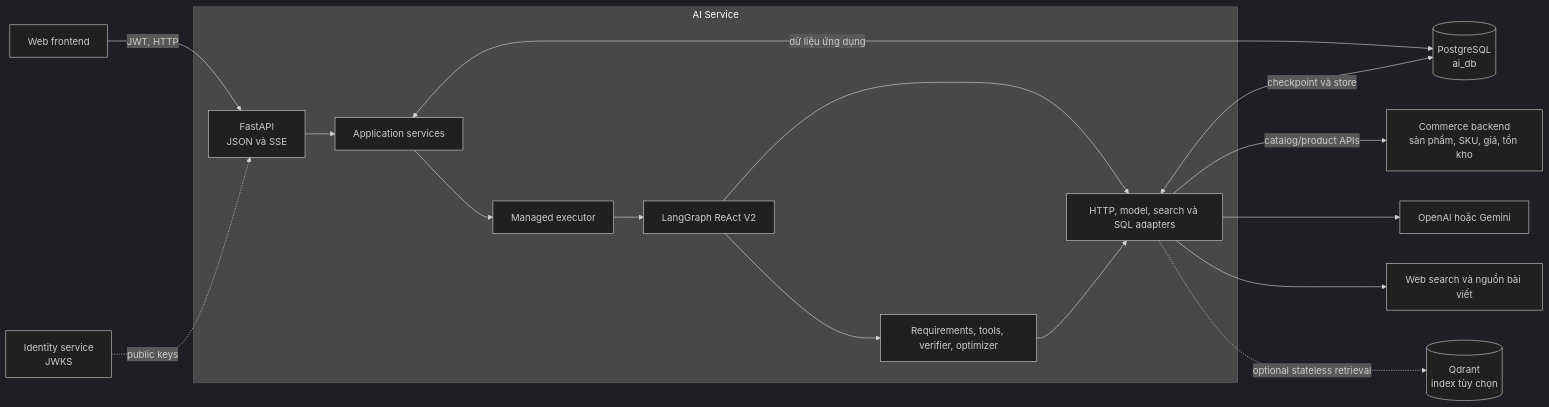
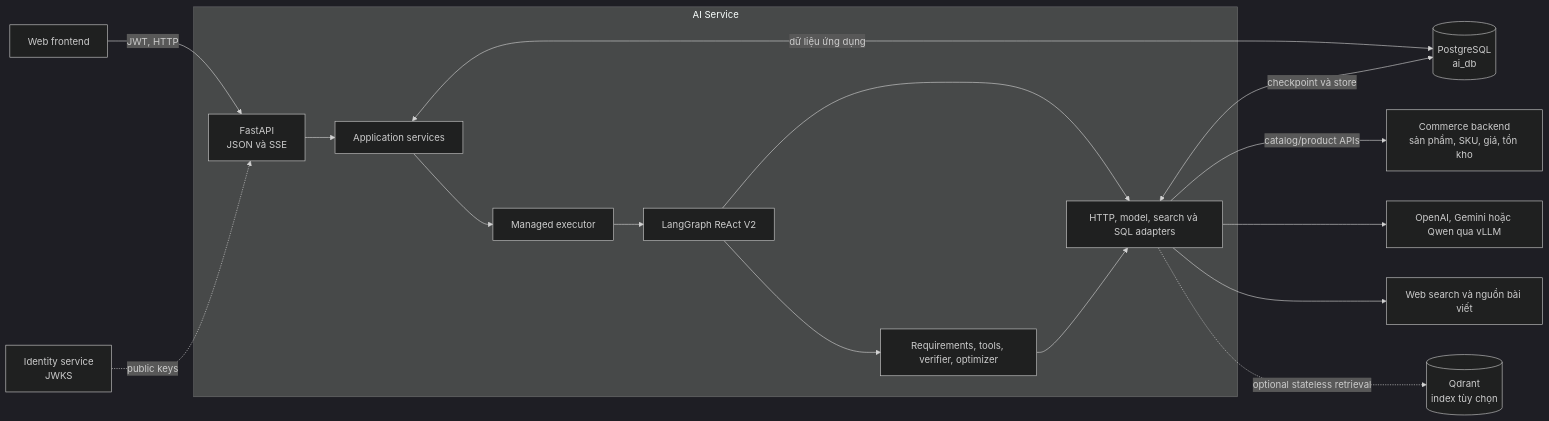
The first of 4 diagrams in 02-architecture/ai-architecture.md (pc-shopping-assistant-org/docs), drawn with Mermaid (dark theme) before and after one commit. The commit also changed other lines of this file and 5 other files, not shown here.

Commit message:
docs(ai): align provider architecture and delivery verification

````diff
--- a/02-architecture/ai-architecture.md
+++ b/02-architecture/ai-architecture.md
@@ -9,31 +9,31 @@
 ```mermaid
 flowchart LR
   FE[Web frontend]
   ID[Identity service<br/>JWKS]
   BE[Commerce backend<br/>sản phẩm, SKU, giá, tồn kho]
-  MODEL[OpenAI hoặc Gemini]
+  MODEL[OpenAI, Gemini hoặc Qwen qua vLLM]
   WEB[Web search và nguồn bài viết]
   DB[(PostgreSQL<br/>ai_db)]
   QD[(Qdrant<br/>index tùy chọn)]
 
   subgraph AI[AI Service]
     API[FastAPI<br/>JSON và SSE]
     APP[Application services]
     EXEC[Managed executor]
     GRAPH[LangGraph ReAct V2]
     DOMAIN[Requirements, tools, verifier, optimizer]
     ADAPTERS[HTTP, model, search và SQL adapters]
     API --> APP --> EXEC --> GRAPH --> DOMAIN
     GRAPH --> ADAPTERS
     DOMAIN --> ADAPTERS
   end
 
   FE -->|JWT, HTTP| API
   ID -. public keys .-> API
   APP <-->|dữ liệu ứng dụng| DB
   ADAPTERS <-->|checkpoint và store| DB
   ADAPTERS -->|catalog/product APIs| BE
   ADAPTERS --> MODEL
   ADAPTERS --> WEB
   ADAPTERS -. optional stateless retrieval .-> QD
 ```
````
